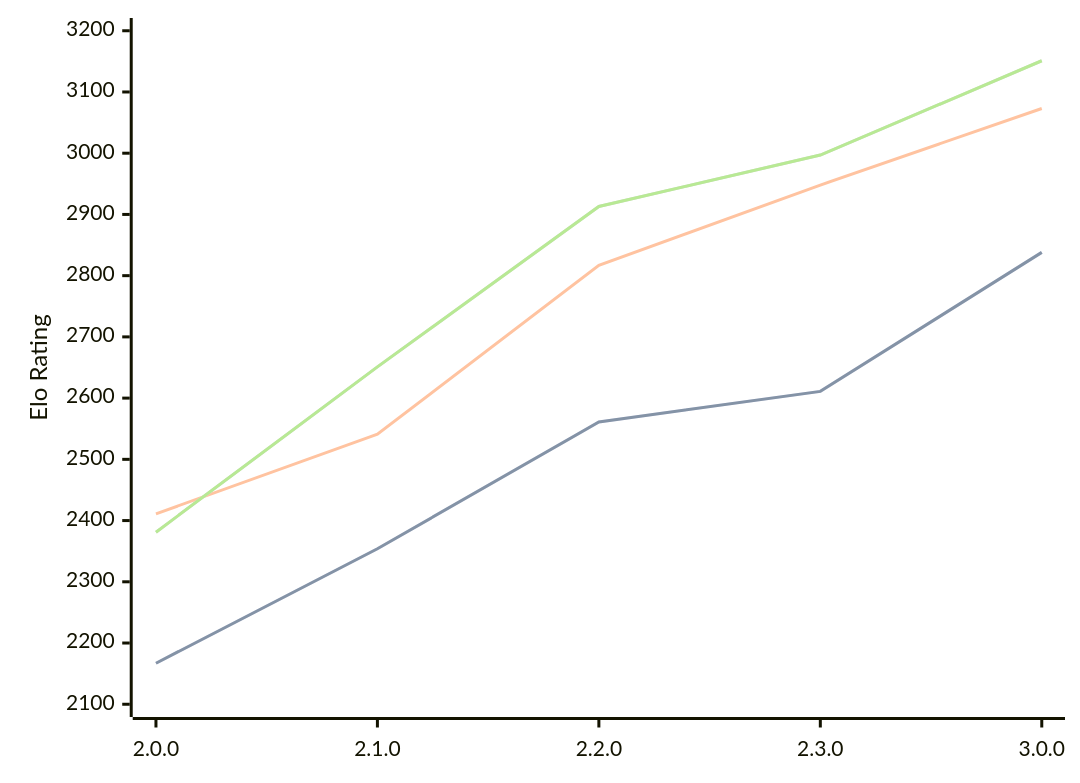
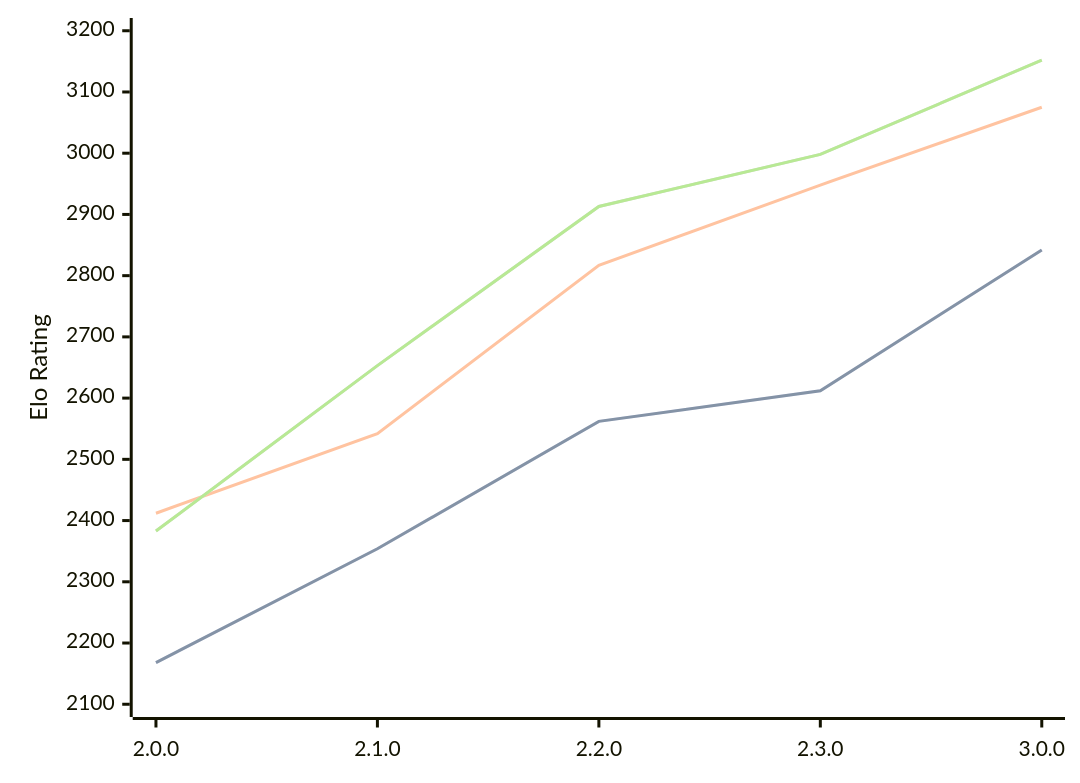
One commit to computer-chess-index/cci changed the diagram in engines/Raphael.md. Above: the diagram before and after it, drawn with Mermaid. The commit also changed other lines of this file, not shown here.

Commit message:
Update CCI Ratings (ELO VLTC) - 2026-02-18

````diff
--- a/engines/Raphael.md
+++ b/engines/Raphael.md
@@ -44,11 +44,11 @@
 ```mermaid
 %%{init: {"theme":"base","themeVariables":{"seriesColors:['#a3a3a3','#222221','#faa371']}}}%%
 xychart-beta
   x-axis ["2.0.0", "2.1.0", "2.2.0", "2.3.0", "3.0.0"]
   y-axis "Elo Rating" 2100 --> 3200
-  line "STC (8.0+0.08s)" [2167, 2354, 2561, 2611, 2838]
-  line "STC (8.0+0.08s)" [2167, 2354, 2561, 2611, 2838]
-  line "LTC (60.0+0.60s)" [2411, 2541, 2817, 2948, 3073]
-  line "VLTC (2m24s+1.12s)" [2381, 2651, 2913, 2997, 3151]
-  line "VLTC (2m24s+1.12s)" [2381, 2651, 2913, 2997, 3151]
+  line "STC (8.0+0.08s)" [2168, 2354, 2562, 2612, 2842]
+  line "STC (8.0+0.08s)" [2168, 2354, 2562, 2612, 2842]
+  line "LTC (60.0+0.60s)" [2412, 2542, 2817, 2948, 3075]
+  line "VLTC (2m24s+1.12s)" [2383, 2653, 2913, 2998, 3152]
+  line "VLTC (2m24s+1.12s)" [2383, 2653, 2913, 2998, 3152]
 ```
````
